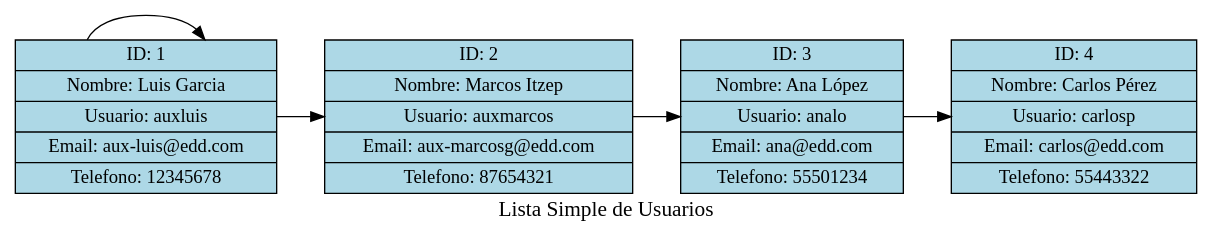
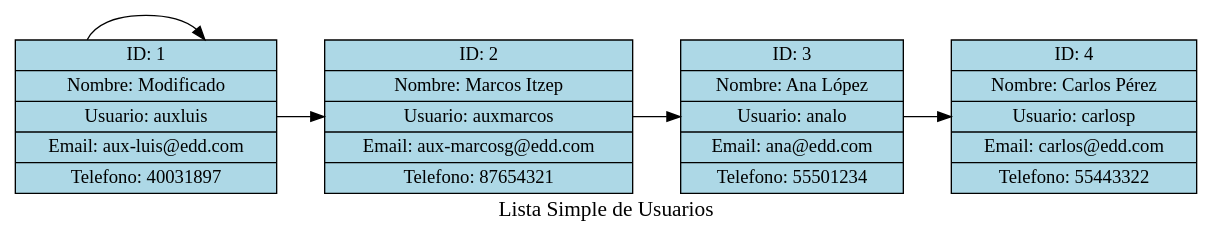
One commit to JoseArt777/-EDD-1S2025_202100305 changed the diagram in Fase1/src/Root-Reportes/usuarios.dot. Above: the diagram before and after it, drawn with Graphviz. The commit also changed 8 other files, not shown here.

```diff
--- a/Fase1/src/Root-Reportes/usuarios.dot
+++ b/Fase1/src/Root-Reportes/usuarios.dot
@@ -1,15 +1,15 @@
 digraph G {
     rankdir=LR;
     node [shape=record, style=filled, fillcolor=lightblue];
     label="Lista Simple de Usuarios";
     fontsize=16;
     user1 [label="ID: 1|Nombre: Root Admin|Usuario: root|Email: root@edd.com|Telefono: 00000000"];
     user1 -> user1;
-    user1 [label="ID: 1|Nombre: Luis Garcia|Usuario: auxluis|Email: aux-luis@edd.com|Telefono: 12345678"];
+    user1 [label="ID: 1|Nombre: Modificado|Usuario: auxluis|Email: aux-luis@edd.com|Telefono: 40031897"];
     user1 -> user2;
     user2 [label="ID: 2|Nombre: Marcos Itzep|Usuario: auxmarcos|Email: aux-marcosg@edd.com|Telefono: 87654321"];
     user2 -> user3;
     user3 [label="ID: 3|Nombre: Ana López|Usuario: analo|Email: ana@edd.com|Telefono: 55501234"];
     user3 -> user4;
     user4 [label="ID: 4|Nombre: Carlos Pérez|Usuario: carlosp|Email: carlos@edd.com|Telefono: 55443322"];
 }
```
